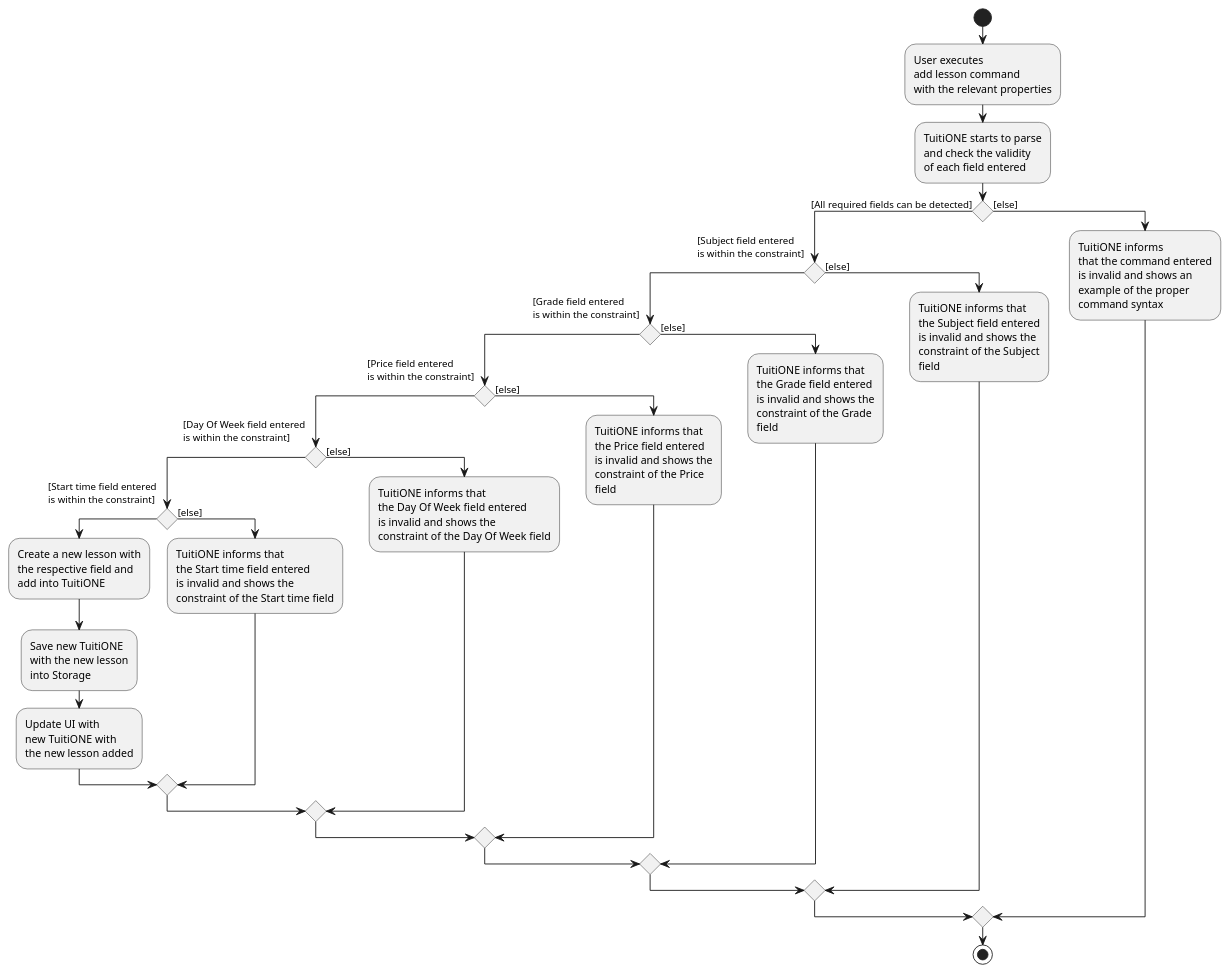
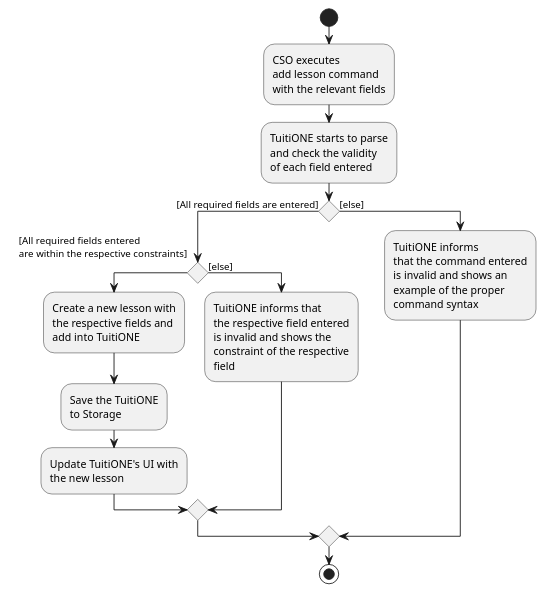
Before and after one commit to nus-cs2103-AY2122S1/tp: the diagram in docs/diagrams/AddLessonActivityDiagram.puml, drawn with PlantUML. The commit also changed 1 other file, not shown here.

Commit message:
Refactor Add Lesson Activity Diagram in DG

```diff
--- a/docs/diagrams/AddLessonActivityDiagram.puml
+++ b/docs/diagrams/AddLessonActivityDiagram.puml
@@ -1,110 +1,51 @@
 @startuml
 start
-:User executes
+:CSO executes
 add lesson command
-with the relevant properties;
+with the relevant fields;
 
 :TuitiONE starts to parse
 and check the validity
 of each field entered ;
 
-if () then ([All required fields can be detected])
+if () then ([All required fields are entered])
 
     if() then (
-    [Subject field entered
-    is within the constraint]
-    )
-
-    if() then (
-    [Grade field entered
-    is within the constraint]
-    )
-
-    if() then (
-    [Price field entered
-    is within the constraint]
-    )
-
-    if() then (
-    [Day Of Week field entered
-    is within the constraint]
-    )
-
-    if() then (
-    [Start time field entered
-    is within the constraint]
+    [All required fields entered
+    are within the respective constraints]
     )
 
     :Create a new lesson with
-    the respective field and
+    the respective fields and
     add into TuitiONE;
 
-    :Save new TuitiONE
-    with the new lesson
-    into Storage;
+    :Save the TuitiONE
+    to Storage;
 
-    :Update UI with
-    new TuitiONE with
-    the new lesson added;
+    :Update TuitiONE's UI with
+    the new lesson;
 
 
     else ([else])
 
     :TuitiONE informs that
-    the Start time field entered
+    the respective field entered
     is invalid and shows the
-    constraint of the Start time field;
-    endif
-
-    else ([else])
-
-    :TuitiONE informs that
-    the Day Of Week field entered
-    is invalid and shows the
-    constraint of the Day Of Week field;
-    endif
-
-    else ([else])
-
-    :TuitiONE informs that
-    the Price field entered
-    is invalid and shows the
-    constraint of the Price
-    field;
-
-    endif
-
-    else ([else])
-
-    :TuitiONE informs that
-    the Grade field entered
-    is invalid and shows the
-    constraint of the Grade
-    field;
-
-    endif
-
-
-    else ([else])
-
-    :TuitiONE informs that
-    the Subject field entered
-    is invalid and shows the
-    constraint of the Subject
+    constraint of the respective
     field;
 
     endif
 
     else ([else])
 
     :TuitiONE informs
     that the command entered
     is invalid and shows an
     example of the proper
     command syntax;
 
 
 endif
 
 stop
 @enduml
```
